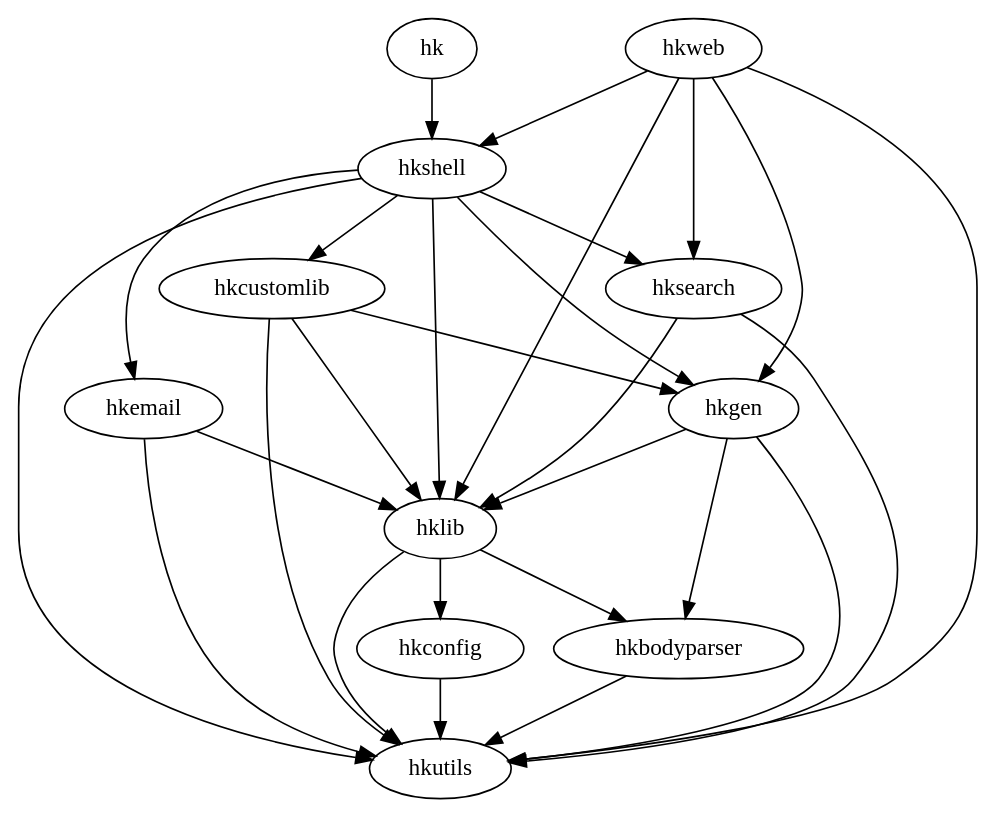
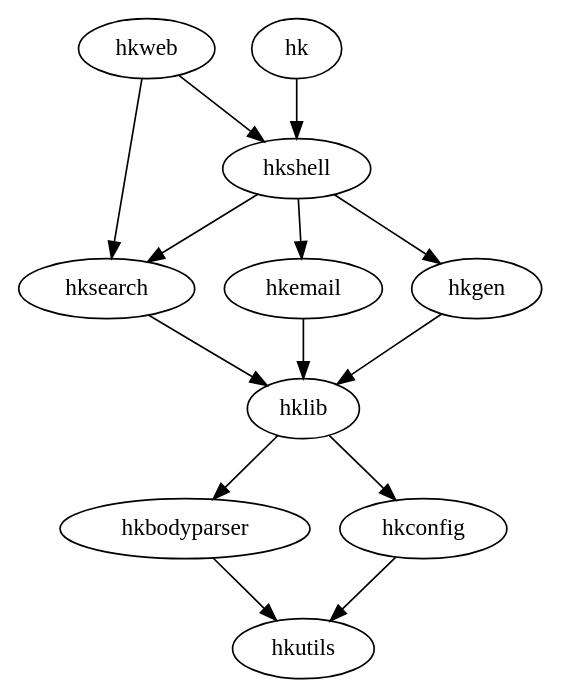
The diagram in doc/module_deps.dot (hcs42/heapkeeper-old), drawn with Graphviz before and after one commit. The commit also changed 1 other file, not shown here.

```diff
--- a/doc/module_deps.dot
+++ b/doc/module_deps.dot
@@ -1,30 +1,16 @@
 // $ dot -Tpng -o images/module_deps.png module_deps.dot
 digraph {
     hkbodyparser -> hkutils;
     hkconfig -> hkutils;
     hklib -> hkconfig;
     hklib -> hkbodyparser;
-    hklib -> hkutils;
-    hkemail -> hkutils;
     hkemail -> hklib;
-    hksearch -> hkutils;
     hksearch -> hklib;
-    hkgen -> hkutils;
-    hkgen -> hkbodyparser;
     hkgen -> hklib;
-    hkcustomlib -> hkutils;
-    hkcustomlib -> hklib;
-    hkcustomlib -> hkgen;
     hkshell -> hkemail;
-    hkshell -> hkutils;
-    hkshell -> hklib;
     hkshell -> hksearch;
     hkshell -> hkgen;
-    hkshell -> hkcustomlib;
+    hkweb -> hksearch;
+    hkweb -> hkshell; // written explicitly deliberately
     hk -> hkshell;
-    hkweb -> hkutils;
-    hkweb -> hklib;
-    hkweb -> hkgen;
-    hkweb -> hksearch;
-    hkweb -> hkshell;
 }
```
